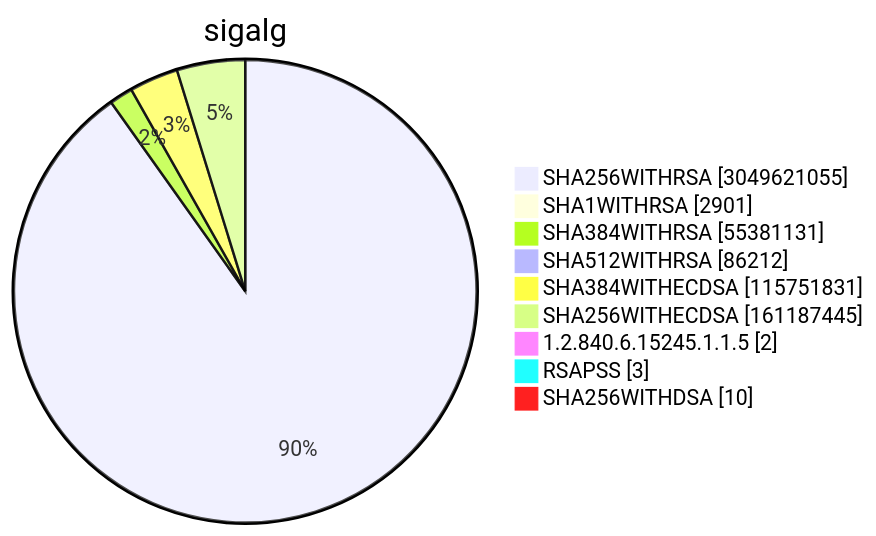
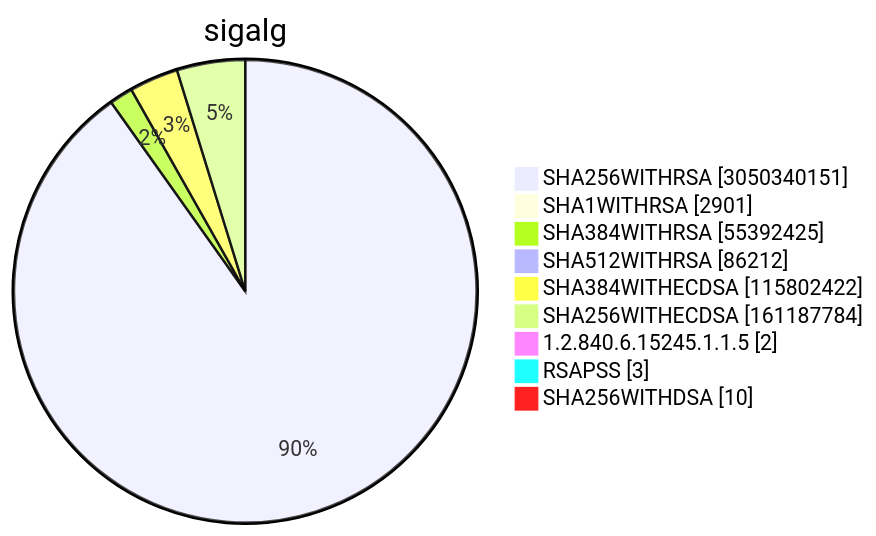
Before and after one commit to christiankrug/ctmonitor_visualization: diagram 15 of 15 in TOTAL/README.md, drawn with Mermaid. The commit also changed other lines of this file, not shown here.

````diff
--- a/TOTAL/README.md
+++ b/TOTAL/README.md
@@ -6208,13 +6208,13 @@
 ```mermaid
 pie showData
 title sigalg
-"SHA256WITHRSA" :3049621055
+"SHA256WITHRSA" :3050340151
 "SHA1WITHRSA" :2901
-"SHA384WITHRSA" :55381131
+"SHA384WITHRSA" :55392425
 "SHA512WITHRSA" :86212
-"SHA384WITHECDSA" :115751831
-"SHA256WITHECDSA" :161187445
+"SHA384WITHECDSA" :115802422
+"SHA256WITHECDSA" :161187784
 "1.2.840.6.15245.1.1.5" :2
 "RSAPSS" :3
 "SHA256WITHDSA" :10
 ```
````
